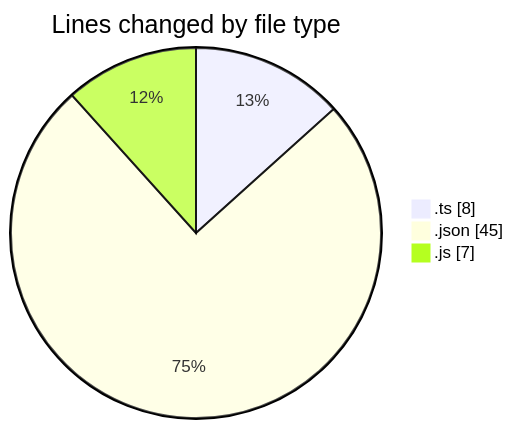
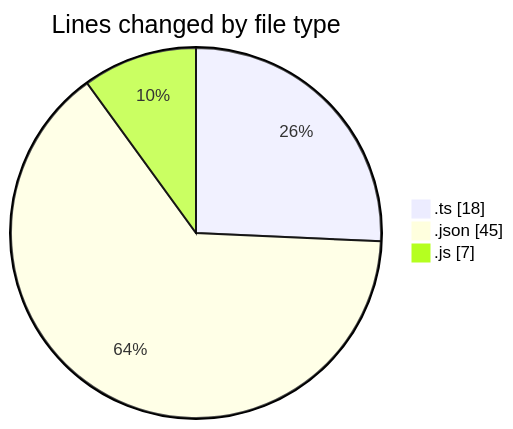
The first of 2 diagrams in 2026-03-02/typescript/README.md (igalym/code-tracking), drawn with Mermaid before and after one commit. The commit also changed other lines of this file and 1 other file, not shown here.

````diff
--- a/2026-03-02/typescript/README.md
+++ b/2026-03-02/typescript/README.md
@@ -23,7 +23,7 @@
 ```mermaid
 pie showData
 title Lines changed by file type
-".ts" : 8
+".ts" : 18
 ".json" : 45
 ".js" : 7
 ```
````
